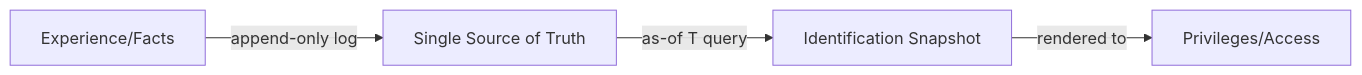
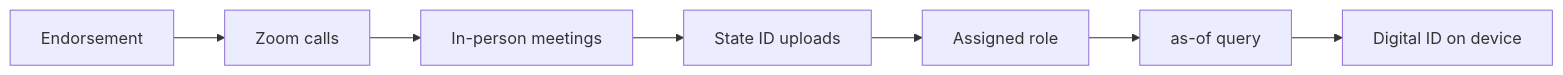
Before and after one commit to Synthetic-Identity-Co/conj-talk-2025: the first of 3 diagrams in conj-talk-2025.md, drawn with Mermaid. The commit also changed other lines of this file, not shown here.

````diff
--- a/conj-talk-2025.md
+++ b/conj-talk-2025.md
@@ -95,6 +135,9 @@
 ```mermaid
 graph LR
-    A[Experience/Facts] -->|append-only log| B[Single Source of Truth]
-    B -->|as-of T query| C[Identification Snapshot]
-    C -->|rendered to| D[Privileges/Access]
+    A[Endorsement] --> B[Zoom calls]
+    B --> C[In-person meetings]
+    C --> D[State ID uploads]
+    D --> E[Assigned role]
+    E --> F[as-of query]
+    F --> G[Digital ID on device]
 ```
````
